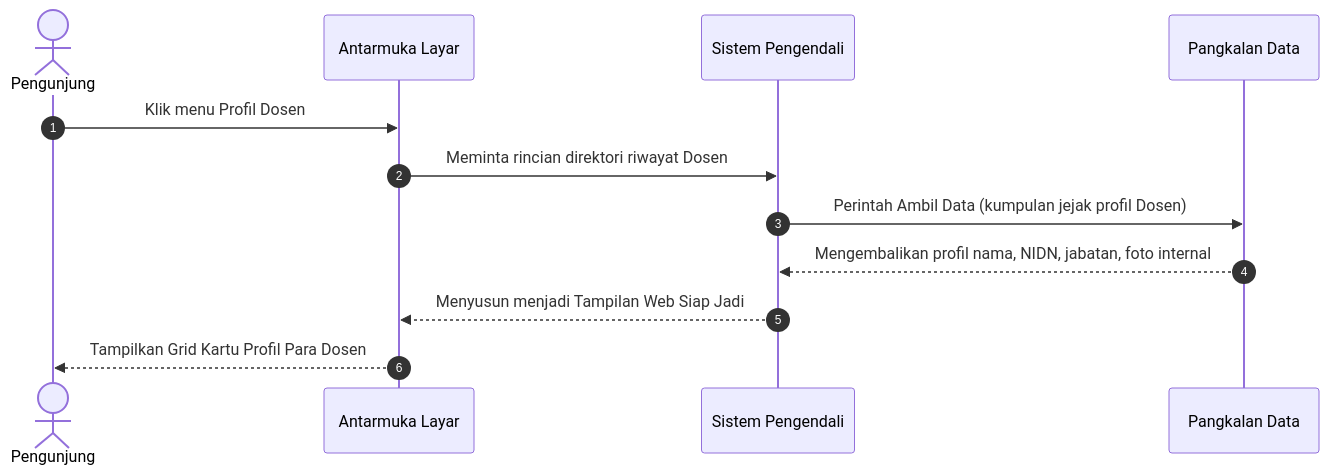
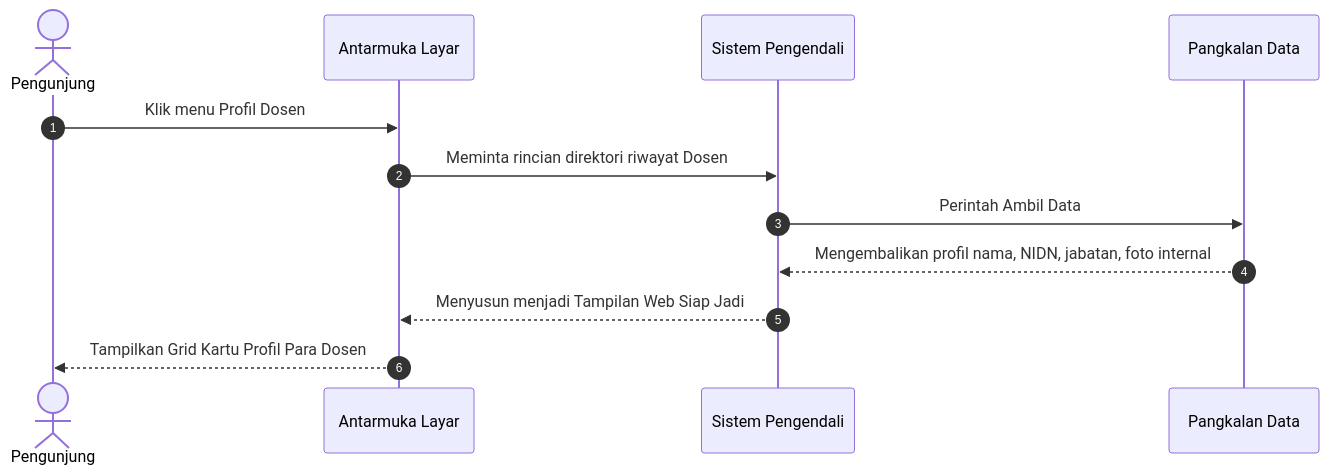
One commit to arbain-dev/Web_fikom changed the sixth of 39 diagrams in docs/02_DIAGRAM_URUTAN_SEQUENCE.md. Above: the diagram before and after it, drawn with Mermaid. The commit also changed other lines of this file, not shown here.

````diff
--- a/docs/02_DIAGRAM_URUTAN_SEQUENCE.md
+++ b/docs/02_DIAGRAM_URUTAN_SEQUENCE.md
@@ -144,17 +144,17 @@
 ```mermaid
 sequenceDiagram
     autonumber
     actor User as Pengunjung
     participant Frontend as Antarmuka Layar
     participant Backend as Sistem Pengendali
     participant Database as Pangkalan Data
 
     User->>Frontend: Klik menu Profil Dosen
     Frontend->>Backend: Meminta rincian direktori riwayat Dosen
     
-    Backend->>Database: Perintah Ambil Data (kumpulan jejak profil Dosen)
+    Backend->>Database: Perintah Ambil Data
     Database-->>Backend: Mengembalikan profil nama, NIDN, jabatan, foto internal
     
     Backend-->>Frontend: Menyusun menjadi Tampilan Web Siap Jadi
     Frontend-->>User: Tampilkan Grid Kartu Profil Para Dosen
 ```
````
